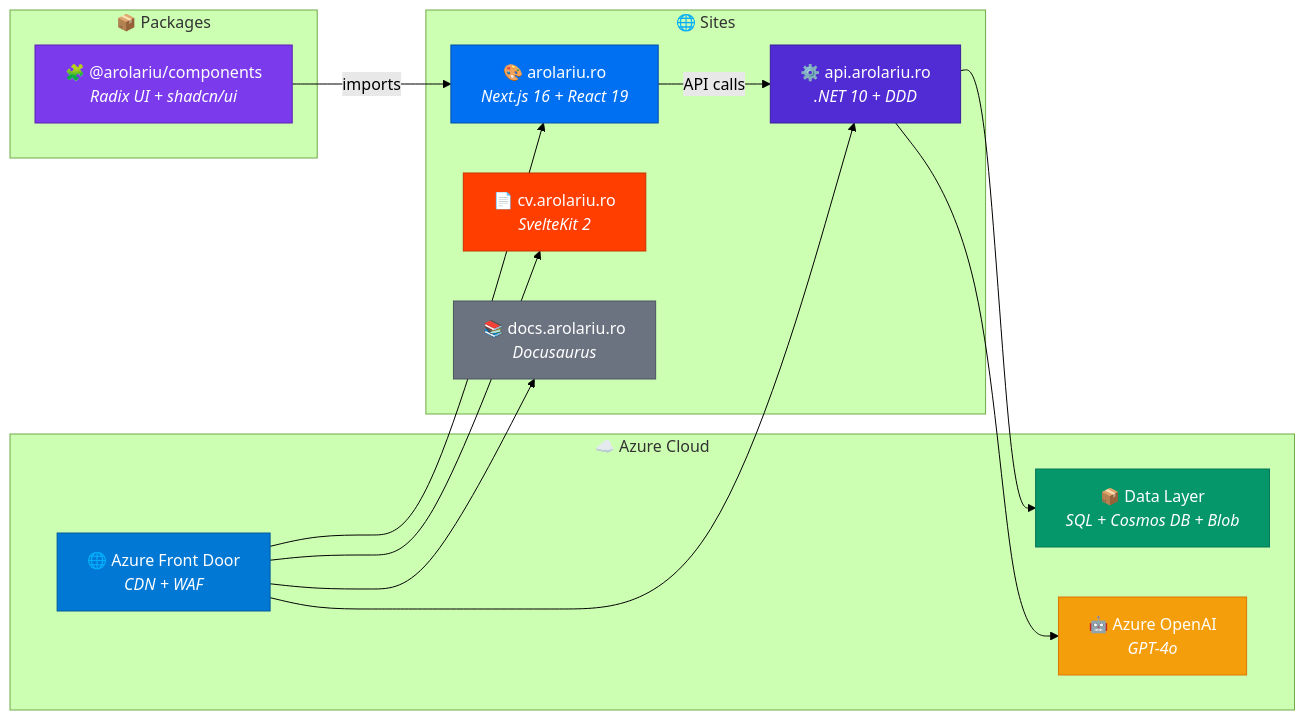
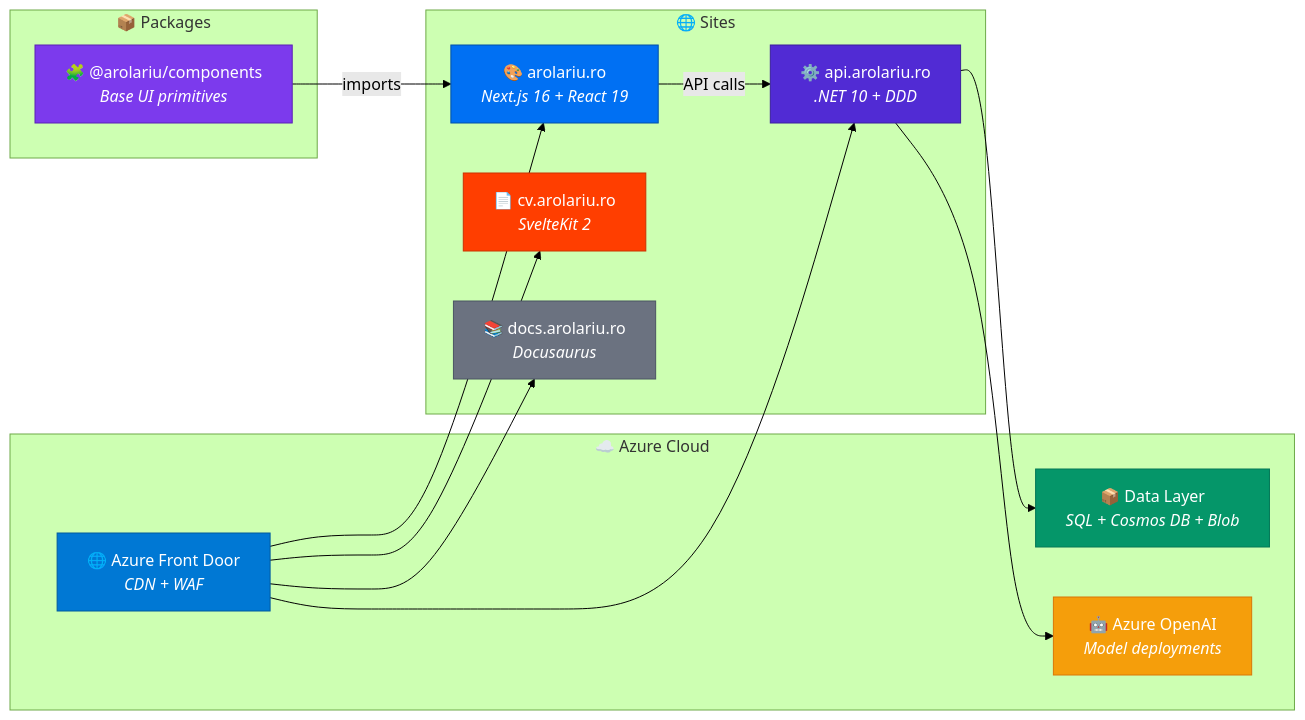
One commit to arolariu/arolariu.ro changed the first of 4 diagrams in README.md. Above: the diagram before and after it, drawn with Mermaid (forest theme). The commit also changed other lines of this file, not shown here.

````diff
--- a/README.md
+++ b/README.md
@@ -569,37 +609,37 @@
 ```mermaid
 graph LR
     subgraph "📦 Packages"
-        COMP["🧩 @arolariu/components<br/><i>Radix UI + shadcn/ui</i>"]
+        COMP["🧩 @arolariu/components<br/><i>Base UI primitives</i>"]
     end
 
     subgraph "🌐 Sites"
         WEB["🎨 arolariu.ro<br/><i>Next.js 16 + React 19</i>"]
         API["⚙️ api.arolariu.ro<br/><i>.NET 10 + DDD</i>"]
         CV["📄 cv.arolariu.ro<br/><i>SvelteKit 2</i>"]
         DOCS["📚 docs.arolariu.ro<br/><i>Docusaurus</i>"]
     end
 
     subgraph "☁️ Azure Cloud"
         AFD["🌐 Azure Front Door<br/><i>CDN + WAF</i>"]
         DATA["📦 Data Layer<br/><i>SQL + Cosmos DB + Blob</i>"]
-        AI["🤖 Azure OpenAI<br/><i>GPT-4o</i>"]
+        AI["🤖 Azure OpenAI<br/><i>Model deployments</i>"]
     end
 
     COMP -->|imports| WEB
     WEB -->|API calls| API
     API --> DATA
     API --> AI
     AFD --> WEB
     AFD --> API
     AFD --> CV
     AFD --> DOCS
 
     style COMP fill:#7c3aed,stroke:#5b21b6,color:#fff
     style WEB fill:#0070f3,stroke:#0051a8,color:#fff
     style API fill:#512bd4,stroke:#3b1f9e,color:#fff
     style CV fill:#ff3e00,stroke:#cc3200,color:#fff
     style DOCS fill:#6b7280,stroke:#4b5563,color:#fff
     style AFD fill:#0078d4,stroke:#005a9e,color:#fff
     style DATA fill:#059669,stroke:#047857,color:#fff
     style AI fill:#f59e0b,stroke:#d97706,color:#fff
 ```
````
